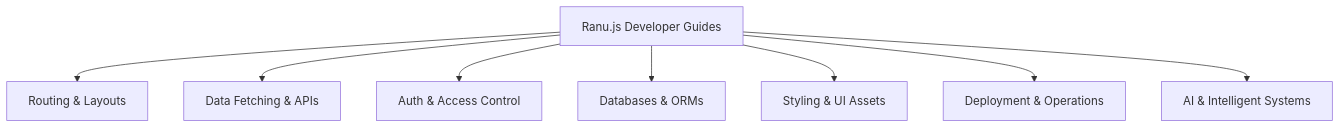
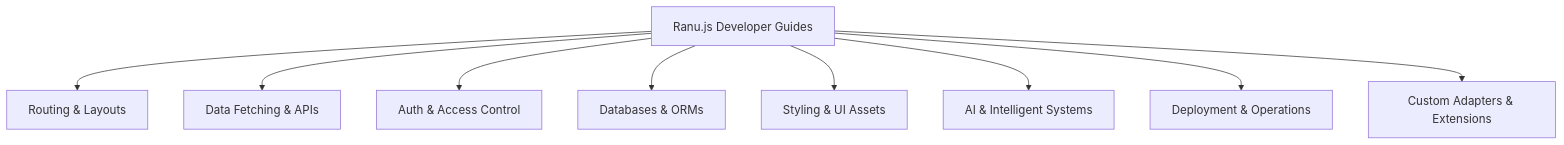
One commit to hoslift/ranu.js changed the diagram in docs/guides/README.md. Above: the diagram before and after it, drawn with Mermaid. The commit also changed other lines of this file and 8 other files, not shown here.

Commit message:
docs(adapters): establish comprehensive deployment adapter guides and authoring specification

````diff
--- a/docs/guides/README.md
+++ b/docs/guides/README.md
@@ -11,11 +11,12 @@
 ```mermaid
 flowchart TD
     Guides[Ranu.js Developer Guides]
     Guides --> Routing[Routing & Layouts]
     Guides --> Data[Data Fetching & APIs]
     Guides --> Auth[Auth & Access Control]
     Guides --> DB[Databases & ORMs]
     Guides --> Style[Styling & UI Assets]
+    Guides --> AI[AI & Intelligent Systems]
     Guides --> Deploy[Deployment & Operations]
-    Guides --> AI[AI & Intelligent Systems]
+    Guides --> Adapters[Custom Adapters & Extensions]
 ```
````
